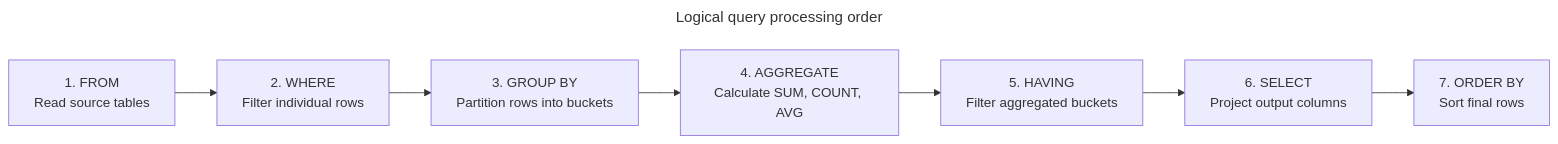
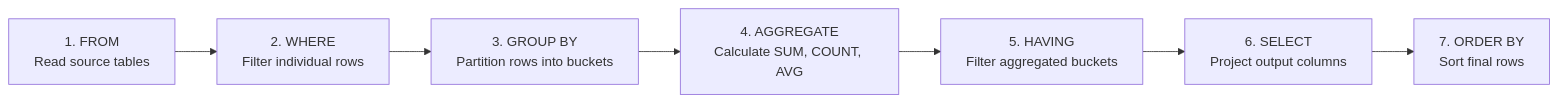
The diagram in content/sql/basic-aggregations-and-grouping.md (VineethChivukula/dedocs), drawn with Mermaid before and after one commit. The commit also changed other lines of this file and 26 other files, not shown here.

````diff
--- a/content/sql/basic-aggregations-and-grouping.md
+++ b/content/sql/basic-aggregations-and-grouping.md
@@ -97,12 +114,9 @@
 ```mermaid
----
-title: Logical query processing order
----
 flowchart LR
     F["1. FROM<br/>Read source tables"] --> W["2. WHERE<br/>Filter individual rows"]
     W --> G["3. GROUP BY<br/>Partition rows into buckets"]
     G --> A["4. AGGREGATE<br/>Calculate SUM, COUNT, AVG"]
     A --> H["5. HAVING<br/>Filter aggregated buckets"]
     H --> S["6. SELECT<br/>Project output columns"]
     S --> O["7. ORDER BY<br/>Sort final rows"]
 ```
````
